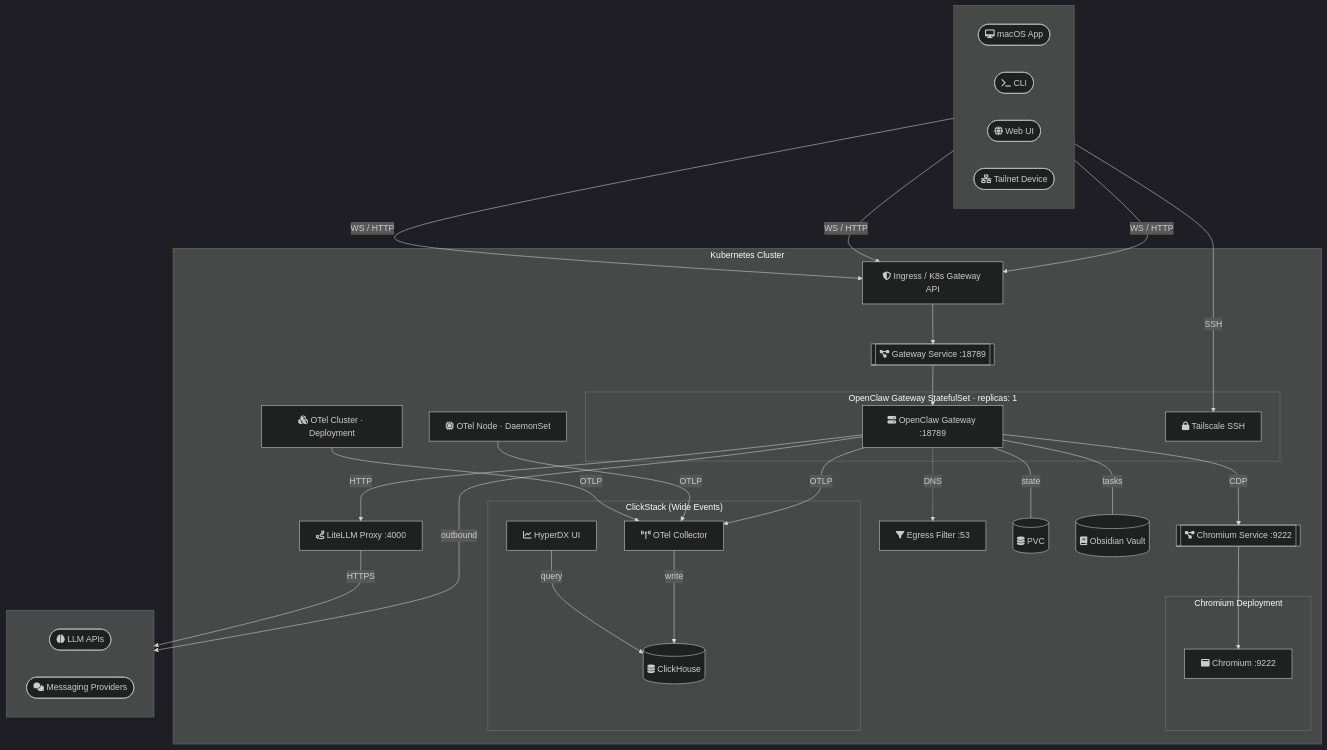
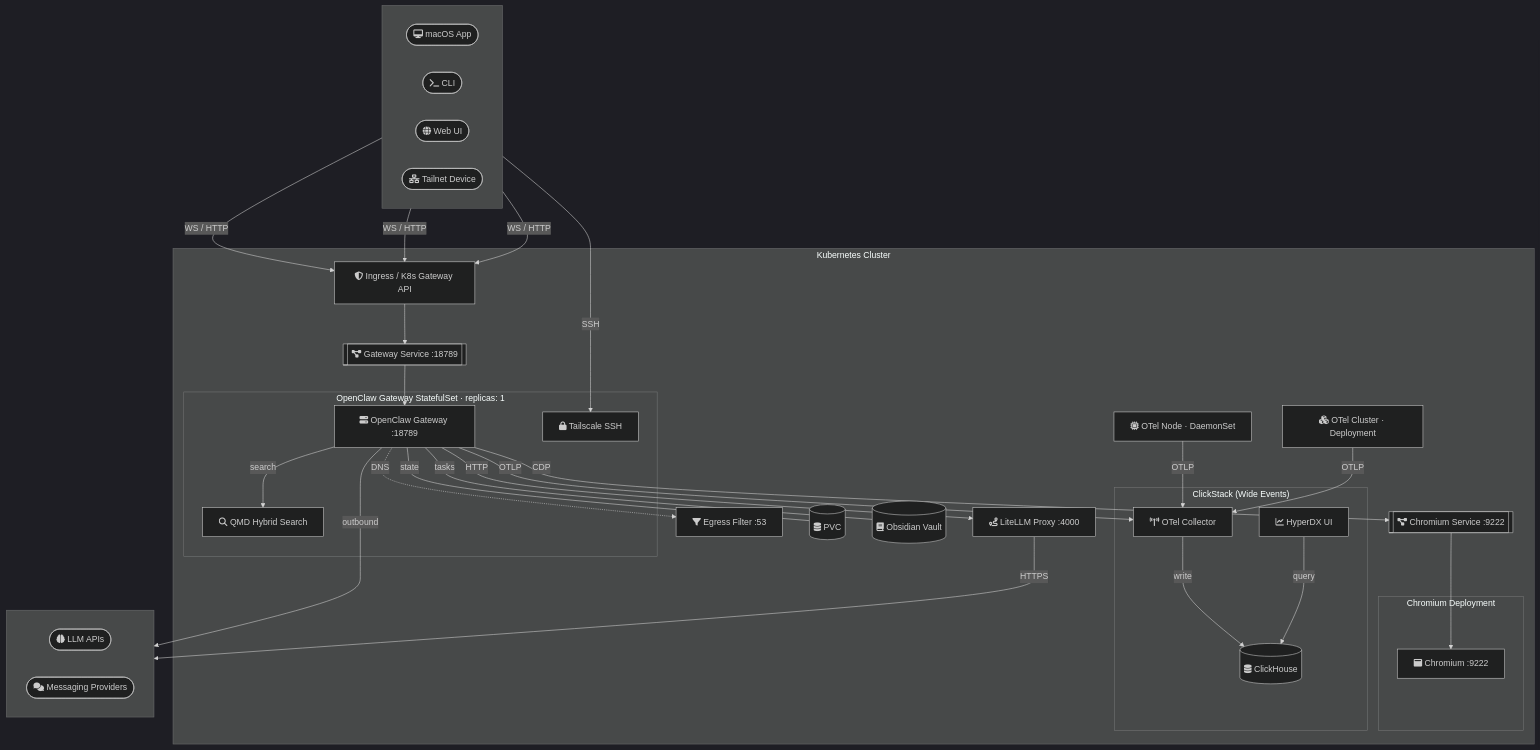
Before and after one commit to iMerica/kubeclaw: the diagram in README.md, drawn with Mermaid (dark theme). The commit also changed other lines of this file and 9 other files, not shown here.

Commit message:
Add QMD hybrid search as default memory backend

````diff
--- a/README.md
+++ b/README.md
@@ -44,61 +44,63 @@
 ```mermaid
 graph TB
     subgraph clients [" "]
         direction LR
         app([fa:fa-desktop macOS App])
         cli([fa:fa-terminal CLI])
         web([fa:fa-globe Web UI])
         tsdevice([fa:fa-network-wired Tailnet Device])
     end
 
     subgraph cluster ["Kubernetes Cluster"]
         ingress[fa:fa-shield-halved Ingress / K8s Gateway API]
 
         subgraph gwpod ["OpenClaw Gateway StatefulSet · replicas: 1"]
             gw[fa:fa-server OpenClaw Gateway :18789]
+            qmd[fa:fa-magnifying-glass QMD Hybrid Search]
             ts[fa:fa-lock Tailscale SSH]
         end
 
         subgraph chromepod ["Chromium Deployment"]
             chrome[fa:fa-window-maximize Chromium :9222]
         end
 
         subgraph clickstack ["ClickStack (Wide Events)"]
             otelgw[fa:fa-tower-broadcast OTel Collector]
             clickhouse[(fa:fa-database ClickHouse)]
             hyperdx[fa:fa-chart-line HyperDX UI]
             otelgw -->|write| clickhouse
             hyperdx -->|query| clickhouse
         end
 
         otelnode[fa:fa-microchip OTel Node · DaemonSet]
         otelcluster[fa:fa-cubes OTel Cluster · Deployment]
 
         svc[[fa:fa-diagram-project Gateway Service :18789]]
         chromesvc[[fa:fa-diagram-project Chromium Service :9222]]
         litellm[fa:fa-route LiteLLM Proxy :4000]
         egressfilter[fa:fa-filter Egress Filter :53]
         pvc[(fa:fa-database PVC)]
         obsidianpvc[(fa:fa-book Obsidian Vault)]
     end
 
     subgraph external [" "]
         direction LR
         llm([fa:fa-brain LLM APIs])
         msg([fa:fa-comments Messaging Providers])
     end
 
     app & cli & web -->|WS / HTTP| ingress
     tsdevice -->|SSH| ts
     ingress --> svc --> gw
     gw -->|CDP| chromesvc --> chrome
     gw -->|HTTP| litellm
     gw -.->|DNS| egressfilter
+    gw -->|search| qmd
     gw ---|state| pvc
     gw ---|tasks| obsidianpvc
     gw -->|outbound| msg
     litellm -->|HTTPS| llm
     gw -->|OTLP| otelgw
     otelnode -->|OTLP| otelgw
     otelcluster -->|OTLP| otelgw
 ```
````
